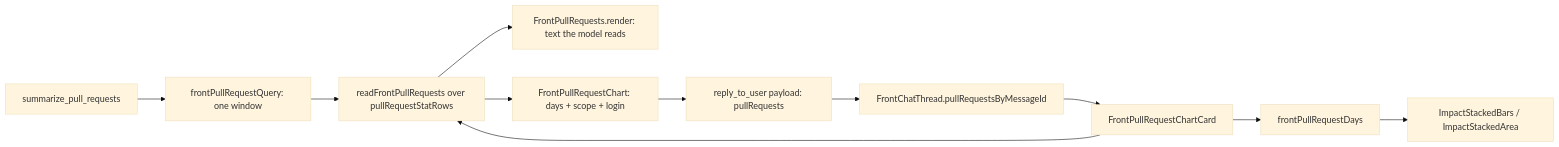
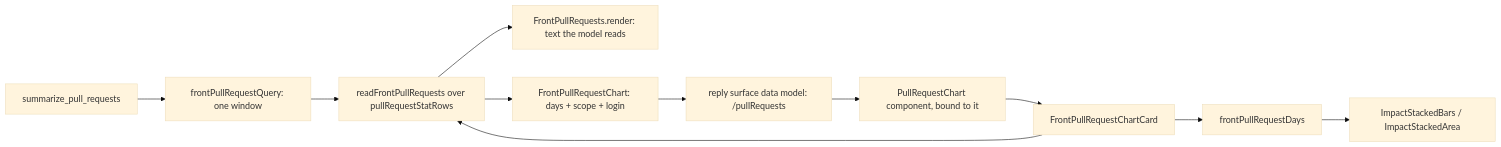
Before and after one commit to matthiasn/lotti: the fourth of 16 diagrams in knowledge/features/front_agent.md, drawn with Mermaid (base theme). The commit also changed other lines of this file and 81 other files, not shown here.

````diff
--- a/knowledge/features/front_agent.md
+++ b/knowledge/features/front_agent.md
@@ -748,13 +743,13 @@
 ```mermaid
 flowchart LR
   Tool["summarize_pull_requests"] --> Query["frontPullRequestQuery: one window"]
   Query --> Read["readFrontPullRequests over pullRequestStatRows"]
   Read --> Text["FrontPullRequests.render: text the model reads"]
   Read --> Spec["FrontPullRequestChart: days + scope + login"]
-  Spec --> Payload["reply_to_user payload: pullRequests"]
-  Payload --> Thread["FrontChatThread.pullRequestsByMessageId"]
+  Spec --> Payload["reply surface data model: /pullRequests"]
+  Payload --> Thread["PullRequestChart component, bound to it"]
   Thread --> Card["FrontPullRequestChartCard"]
   Card --> Read
   Card --> Days["frontPullRequestDays"]
   Days --> Bars["ImpactStackedBars / ImpactStackedArea"]
 ```
````
